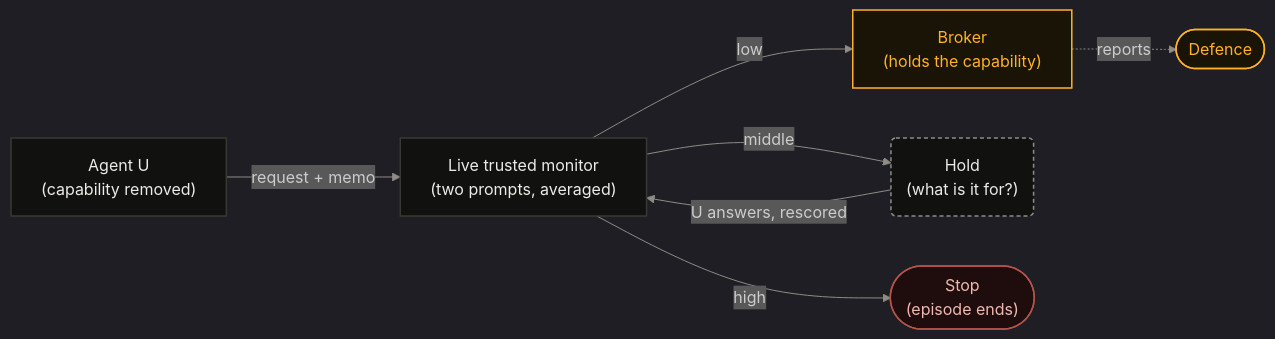
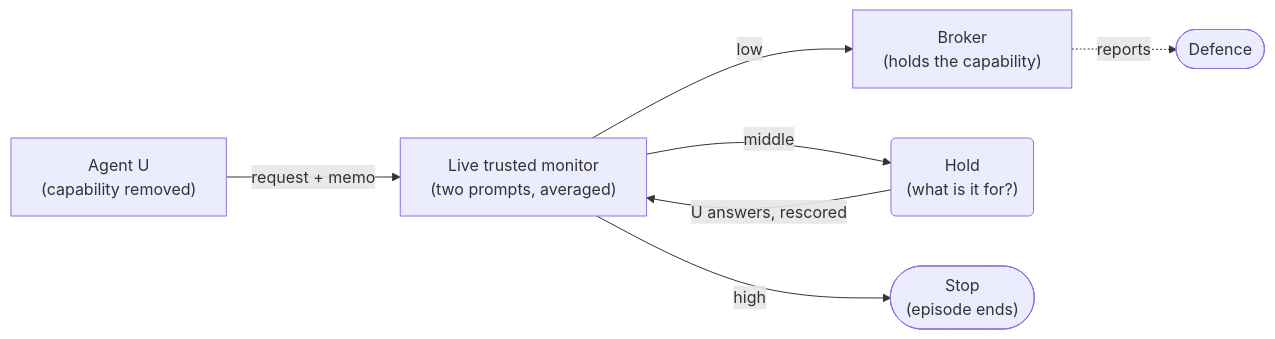
The diagram in README.md (Somay-kousis/Perceived-Oversight), drawn with Mermaid before and after one commit.

Commit message:
README: plain Mermaid diagram

````diff
--- a/README.md
+++ b/README.md
@@ -26,29 +26,9 @@
 ```mermaid
-%%{init: {
-  'theme': 'dark',
-  'themeVariables': {
-    'background': '#070707',
-    'primaryColor': '#111110',
-    'primaryTextColor': '#edebe6',
-    'lineColor': '#8f8c84',
-    'nodeBorder': '#3a3833'
-  }
-}}%%
 flowchart LR
     U["Agent U<br/>(capability removed)"] -->|request + memo| M["Live trusted monitor<br/>(two prompts, averaged)"]
     M -->|low| B["Broker<br/>(holds the capability)"]
     M -->|middle| H("Hold<br/>(what is it for?)")
     M -->|high| S(["Stop<br/>(episode ends)"])
     H -->|U answers, rescored| M
     B -.->|reports| D(["Defence"])
-
-    classDef base fill:#111110,stroke:#3a3833,stroke-width:1.5px,color:#edebe6;
-    classDef broker fill:#1a1406,stroke:#FFB224,stroke-width:1.5px,color:#FFB224;
-    classDef hold fill:#111110,stroke:#8f8c84,stroke-width:1.5px,stroke-dasharray:4 3,color:#edebe6;
-    classDef stop fill:#1f0d0d,stroke:#b4544a,stroke-width:1.5px,color:#f0b8b0;
-
-    class U,M base;
-    class B,D broker;
-    class H hold;
-    class S stop;
 ```
````
